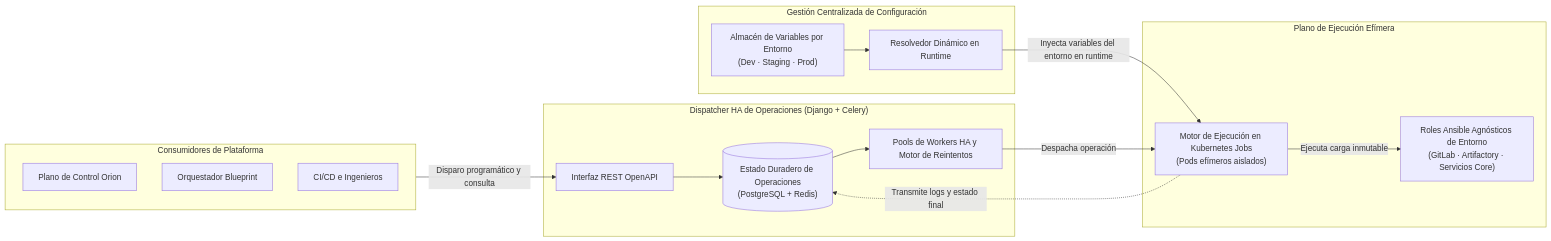
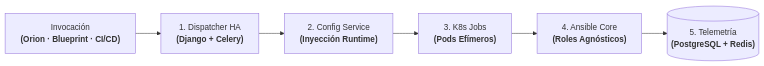
One commit to oredondo/oredondo.github.io changed the diagram in docs_es/projects/dispatcher-migration.md. Above: the diagram before and after it, drawn with Mermaid. The commit also changed other lines of this file and 5 other files, not shown here.

Commit message:
refactor(projects): replace all cluttered subgraphs with clean linear pipeline flowcharts and structured execution tables across all case studies

````diff
--- a/docs_es/projects/dispatcher-migration.md
+++ b/docs_es/projects/dispatcher-migration.md
@@ -39,32 +39,8 @@
 ```mermaid
 flowchart LR
-    subgraph Callers["Consumidores de Plataforma"]
-        Orion["Plano de Control Orion"]
-        BP["Orquestador Blueprint"]
-        Engineers["CI/CD e Ingenieros"]
-    end
-
-    subgraph Dispatcher["Dispatcher HA de Operaciones (Django + Celery)"]
-        API["Interfaz REST OpenAPI"]
-        State[("Estado Duradero de Operaciones<br/>(PostgreSQL + Redis)")]
-        Sched["Pools de Workers HA y Motor de Reintentos"]
-        API --> State --> Sched
-    end
-
-    subgraph Config["Gestión Centralizada de Configuración"]
-        VarStore["Almacén de Variables por Entorno<br/>(Dev · Staging · Prod)"]
-        Injector["Resolvedor Dinámico en Runtime"]
-        VarStore --> Injector
-    end
-
-    subgraph Execution["Plano de Ejecución Efímera"]
-        K8s["Motor de Ejecución en Kubernetes Jobs<br/>(Pods efímeros aislados)"]
-        Ansible["Roles Ansible Agnósticos de Entorno<br/>(GitLab · Artifactory · Servicios Core)"]
-    end
-
-    Callers -->|"Disparo programático y consulta"| API
-    Sched -->|"Despacha operación"| K8s
-    Injector -->|"Inyecta variables del entorno en runtime"| K8s
-    K8s -->|"Ejecuta carga inmutable"| Ansible
-    K8s -.->|"Transmite logs y estado final"| State
+    Callers["Invocación<br/><b>(Orion · Blueprint · CI/CD)</b>"] --> Disp["1. Dispatcher HA<br/><b>(Django + Celery)</b>"]
+    Disp --> Config["2. Config Service<br/><b>(Inyección Runtime)</b>"]
+    Config --> K8s["3. K8s Jobs<br/><b>(Pods Efímeros)</b>"]
+    K8s --> Playbook["4. Ansible Core<br/><b>(Roles Agnósticos)</b>"]
+    Playbook --> State[("5. Telemetría<br/><b>(PostgreSQL + Redis)</b>")]
 ```
````
